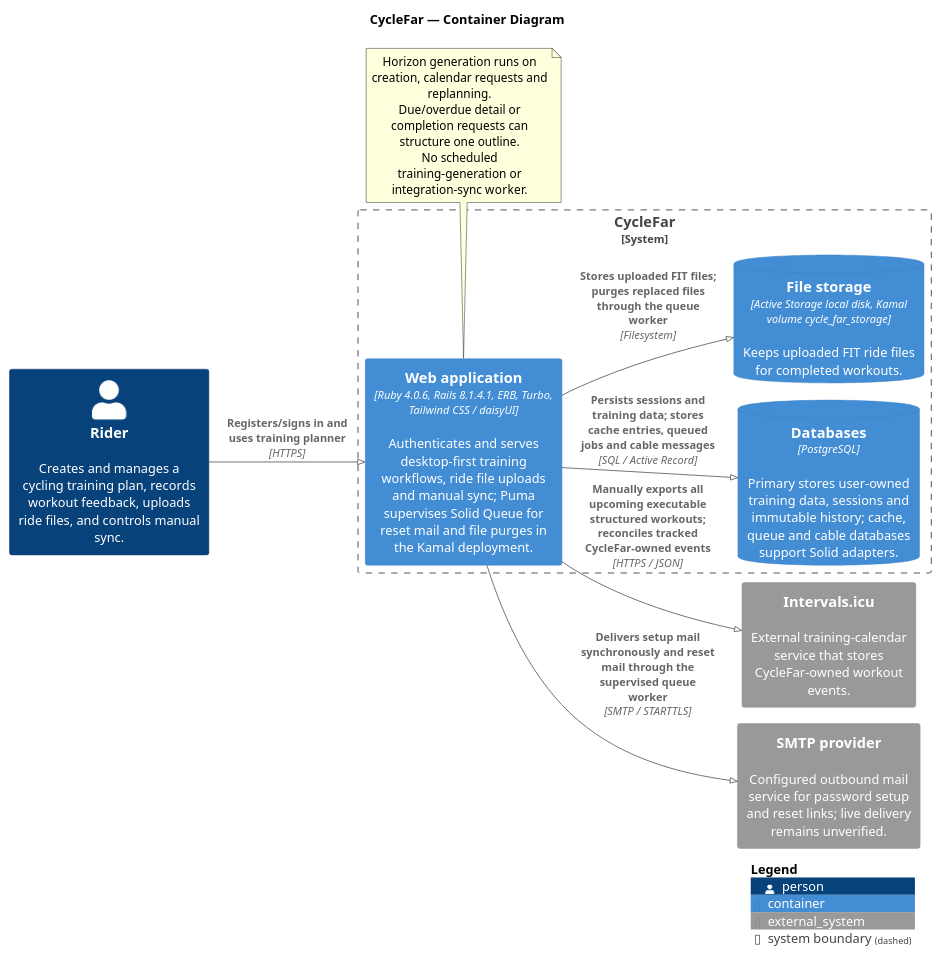
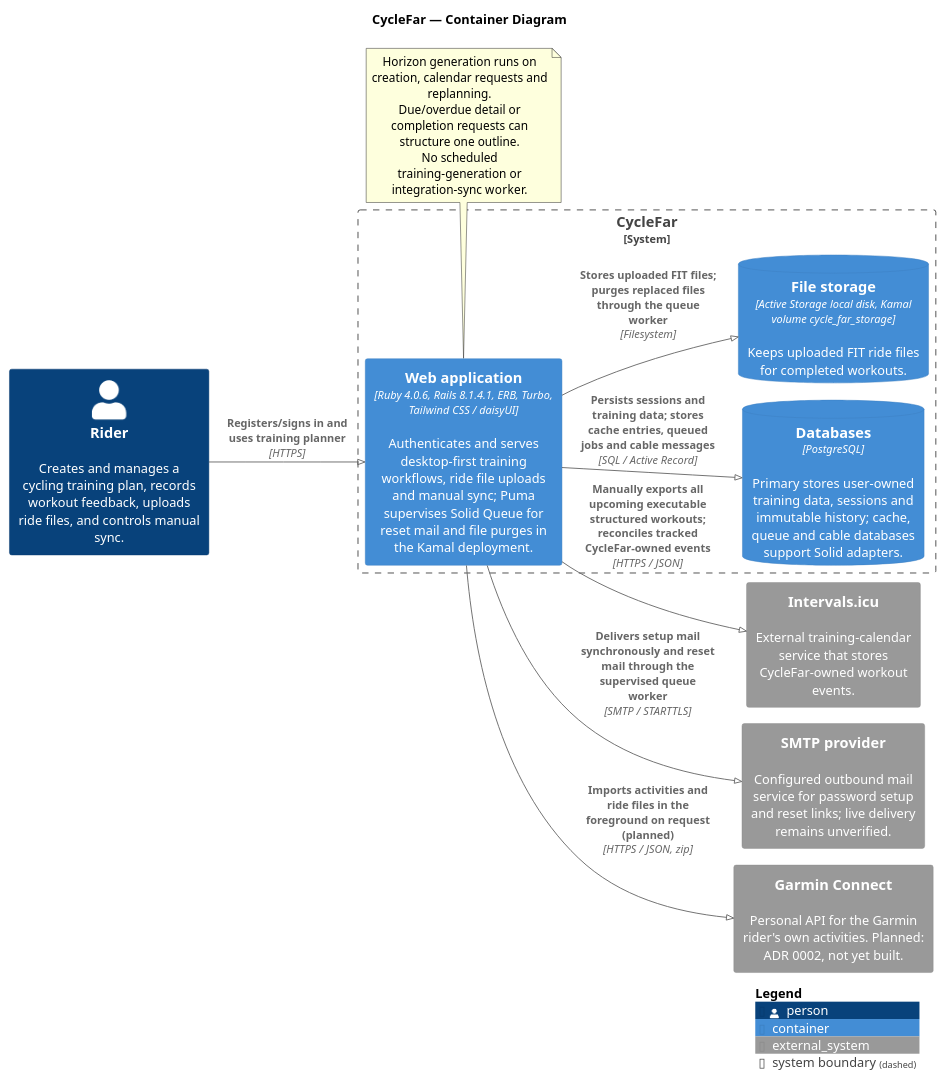
One commit to richardhartme/cyclefar changed the diagram in docs/diagrams/container-cyclefar.puml. Above: the diagram before and after it, drawn with PlantUML. The commit also changed 18 other files, not shown here.

First line of the commit message:
Write ADR 0002 and GAR-* requirements for Garmin activity import

```diff
--- a/docs/diagrams/container-cyclefar.puml
+++ b/docs/diagrams/container-cyclefar.puml
@@ -1,34 +1,36 @@
 @startuml
 !pragma layout smetana
 ' Scope and limitations: README.md
 !include https://raw.githubusercontent.com/plantuml-stdlib/C4-PlantUML/master/C4_Container.puml
 
 title CycleFar — Container Diagram
 
 LAYOUT_LEFT_RIGHT()
 
 Person(rider, "Rider", "Creates and manages a cycling training plan, records workout feedback, uploads ride files, and controls manual sync.")
 
 System_Boundary(cyclefar_boundary, "CycleFar") {
   Container(web_application, "Web application", "Ruby 4.0.6, Rails 8.1.4.1, ERB, Turbo, Tailwind CSS / daisyUI", "Authenticates and serves desktop-first training workflows, ride file uploads and manual sync; Puma supervises Solid Queue for reset mail and file purges in the Kamal deployment.")
   ContainerDb(database, "Databases", "PostgreSQL", "Primary stores user-owned training data, sessions and immutable history; cache, queue and cable databases support Solid adapters.")
   ContainerDb(file_storage, "File storage", "Active Storage local disk, Kamal volume cycle_far_storage", "Keeps uploaded FIT ride files for completed workouts.")
 }
 
 System_Ext(intervals_icu, "Intervals.icu", "External training-calendar service that stores CycleFar-owned workout events.")
 System_Ext(smtp, "SMTP provider", "Configured outbound mail service for password setup and reset links; live delivery remains unverified.")
+System_Ext(garmin, "Garmin Connect", "Personal API for the Garmin rider's own activities. Planned: ADR 0002, not yet built.")
 
 Rel(rider, web_application, "Registers/signs in and uses training planner", "HTTPS")
 Rel(web_application, database, "Persists sessions and training data; stores cache entries, queued jobs and cable messages", "SQL / Active Record")
 Rel(web_application, file_storage, "Stores uploaded FIT files; purges replaced files through the queue worker", "Filesystem")
 Rel(web_application, intervals_icu, "Manually exports all upcoming executable structured workouts; reconciles tracked CycleFar-owned events", "HTTPS / JSON")
+Rel(web_application, garmin, "Imports activities and ride files in the foreground on request (planned)", "HTTPS / JSON, zip")
 Rel(web_application, smtp, "Delivers setup mail synchronously and reset mail through the supervised queue worker", "SMTP / STARTTLS")
 
 note bottom of web_application
   Horizon generation runs on creation, calendar requests and replanning.
   Due/overdue detail or completion requests can structure one outline.
   No scheduled training-generation or integration-sync worker.
 end note
 
 SHOW_LEGEND()
 @enduml
```
